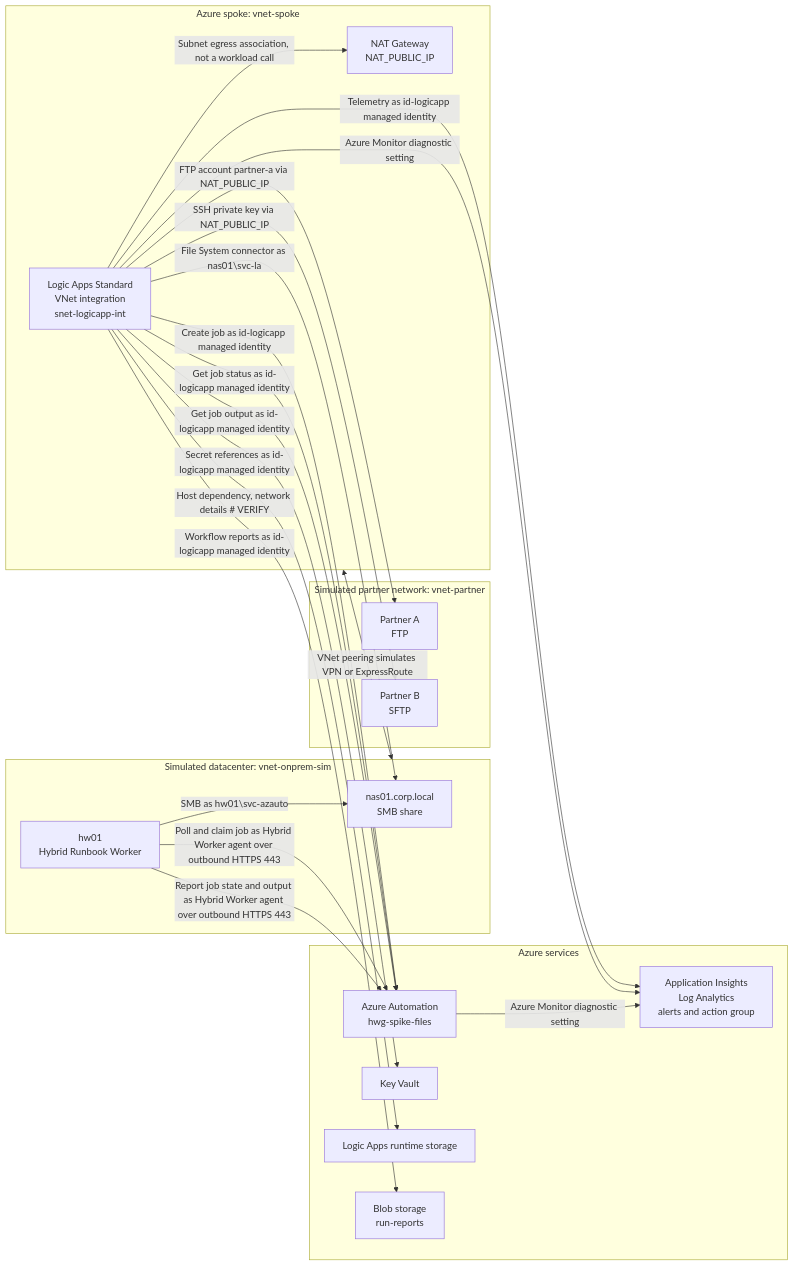
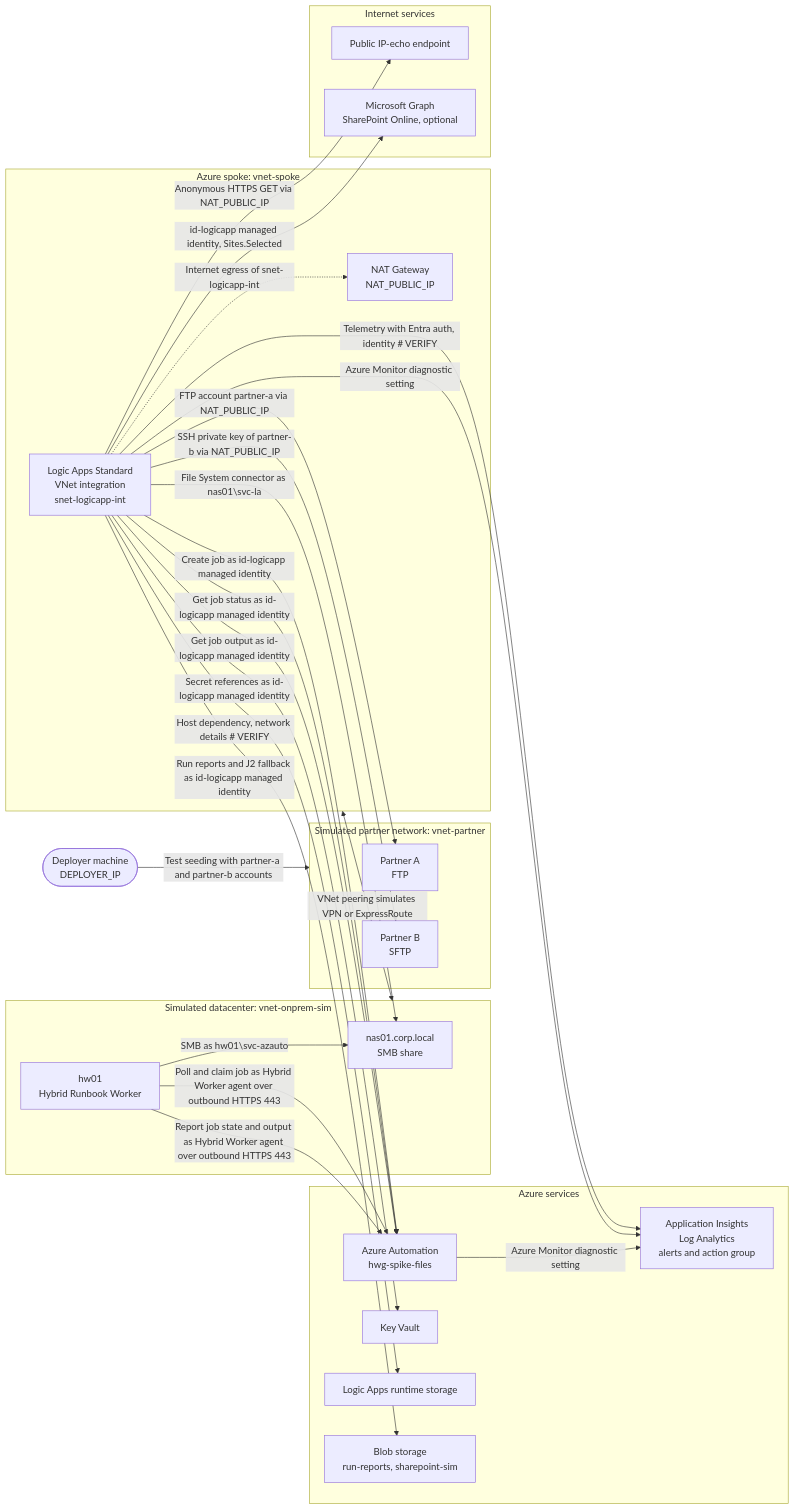
The first of 2 diagrams in docs/ARCHITECTURE.md (ikhemissi/spike-orchestrator-to-logic-apps), drawn with Mermaid before and after one commit. The commit also changed other lines of this file, not shown here.

First line of the commit message:
docs(architecture): fix P3 failure paths and add missing flows

````diff
--- a/docs/ARCHITECTURE.md
+++ b/docs/ARCHITECTURE.md
@@ -7,43 +7,53 @@
 ```mermaid
 flowchart LR
   subgraph Spoke["Azure spoke: vnet-spoke"]
     LA["Logic Apps Standard<br/>VNet integration<br/>snet-logicapp-int"]
     NAT["NAT Gateway<br/>NAT_PUBLIC_IP"]
   end
 
   subgraph Datacenter["Simulated datacenter: vnet-onprem-sim"]
     NAS["nas01.corp.local<br/>SMB share"]
     Worker["hw01<br/>Hybrid Runbook Worker"]
   end
 
   subgraph Partner["Simulated partner network: vnet-partner"]
     FTP["Partner A<br/>FTP"]
     SFTP["Partner B<br/>SFTP"]
   end
 
   subgraph AzureServices["Azure services"]
     Automation["Azure Automation<br/>hwg-spike-files"]
     KV["Key Vault"]
     RuntimeStorage["Logic Apps runtime storage"]
-    ReportStorage["Blob storage<br/>run-reports"]
+    ReportStorage["Blob storage<br/>run-reports, sharepoint-sim"]
     Monitoring["Application Insights<br/>Log Analytics<br/>alerts and action group"]
   end
 
+  subgraph Internet["Internet services"]
+    IpEcho["Public IP-echo endpoint"]
+    Graph["Microsoft Graph<br/>SharePoint Online, optional"]
+  end
+
+  Deployer(["Deployer machine<br/>DEPLOYER_IP"])
+
   Spoke <-->|"VNet peering simulates VPN or ExpressRoute"| Datacenter
-  LA -->|"Subnet egress association, not a workload call"| NAT
+  LA -.->|"Internet egress of snet-logicapp-int"| NAT
   LA -->|"FTP account partner-a via NAT_PUBLIC_IP"| FTP
-  LA -->|"SSH private key via NAT_PUBLIC_IP"| SFTP
+  LA -->|"SSH private key of partner-b via NAT_PUBLIC_IP"| SFTP
+  LA -->|"Anonymous HTTPS GET via NAT_PUBLIC_IP"| IpEcho
+  LA -->|"id-logicapp managed identity, Sites.Selected"| Graph
+  Deployer -->|"Test seeding with partner-a and partner-b accounts"| Partner
   LA -->|"File System connector as nas01\svc-la"| NAS
   Worker -->|"SMB as hw01\svc-azauto"| NAS
   LA -->|"Create job as id-logicapp managed identity"| Automation
   LA -->|"Get job status as id-logicapp managed identity"| Automation
   LA -->|"Get job output as id-logicapp managed identity"| Automation
   Worker -->|"Poll and claim job as Hybrid Worker agent over outbound HTTPS 443"| Automation
   Worker -->|"Report job state and output as Hybrid Worker agent over outbound HTTPS 443"| Automation
   LA -->|"Secret references as id-logicapp managed identity"| KV
-  LA -->|"Workflow reports as id-logicapp managed identity"| ReportStorage
-  LA -->|"Telemetry as id-logicapp managed identity"| Monitoring
+  LA -->|"Run reports and J2 fallback as id-logicapp managed identity"| ReportStorage
+  LA -->|"Telemetry with Entra auth, identity # VERIFY"| Monitoring
   LA -->|"Host dependency, network details # VERIFY"| RuntimeStorage
   LA -->|"Azure Monitor diagnostic setting"| Monitoring
   Automation -->|"Azure Monitor diagnostic setting"| Monitoring
 ```
````
